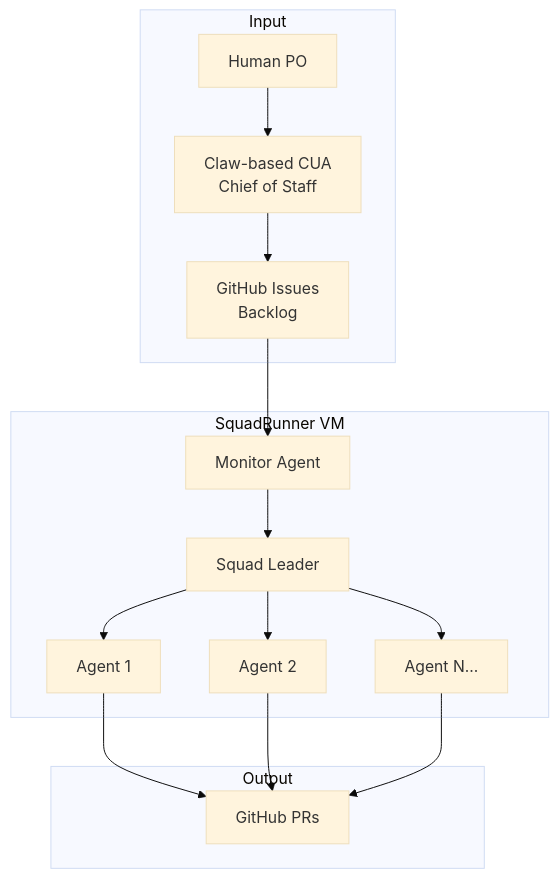
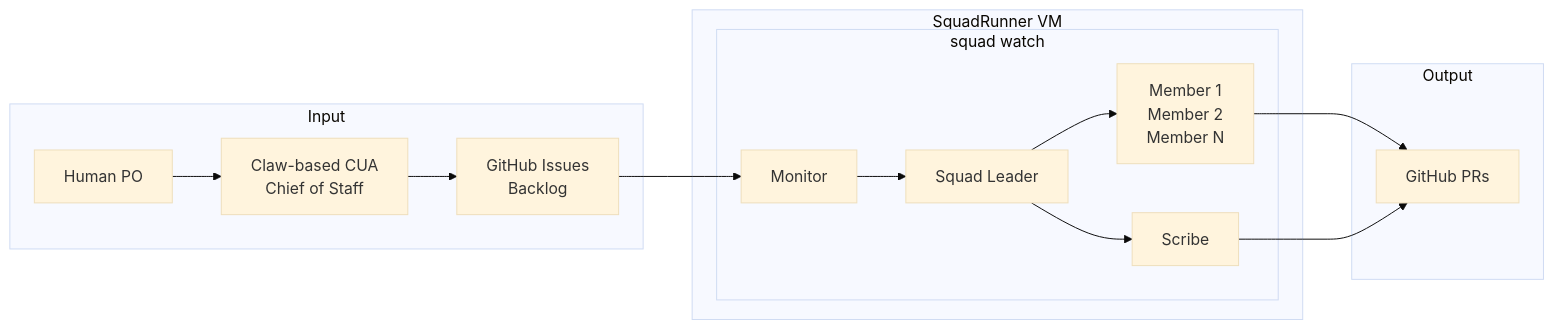
The diagram in README.md (TheeUnderdog/SquadRunner), drawn with Mermaid (base theme) before and after one commit.

Commit message:
Horizontal mermaid diagram with squad watch nested box

````diff
--- a/README.md
+++ b/README.md
@@ -19,21 +19,21 @@
 ```mermaid
-flowchart TD
+flowchart LR
     subgraph Input
         H[Human PO] --> CUA[Claw-based CUA<br/>Chief of Staff]
         CUA --> GH[GitHub Issues<br/>Backlog]
     end
     
     subgraph SquadRunner VM
-        GH --> M[Monitor Agent]
-        M --> SL[Squad Leader]
-        SL --> A1[Agent 1]
-        SL --> A2[Agent 2]
-        SL --> A3[Agent N...]
+        subgraph squad watch
+            GH --> M[Monitor]
+            M --> SL[Squad Leader]
+            SL --> A[Member 1<br/>Member 2<br/>Member N]
+            SL --> SC[Scribe]
+        end
     end
     
     subgraph Output
-        A1 --> PR[GitHub PRs]
-        A2 --> PR
-        A3 --> PR
+        A --> PR[GitHub PRs]
+        SC --> PR
     end
 ```
````
